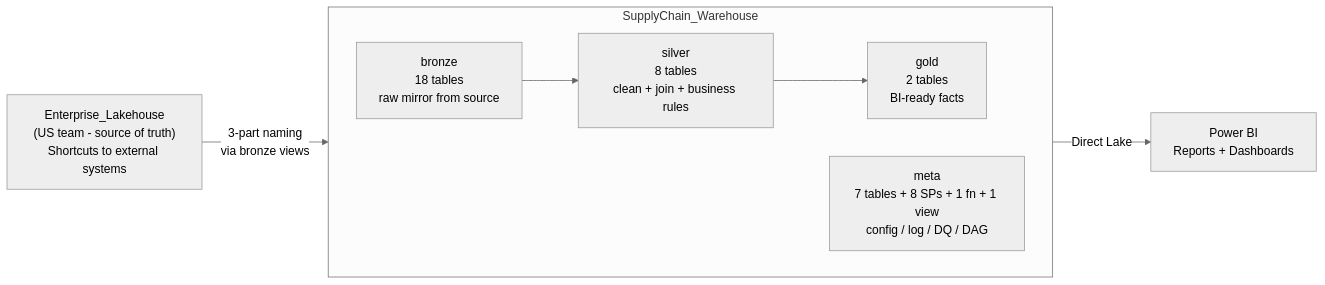
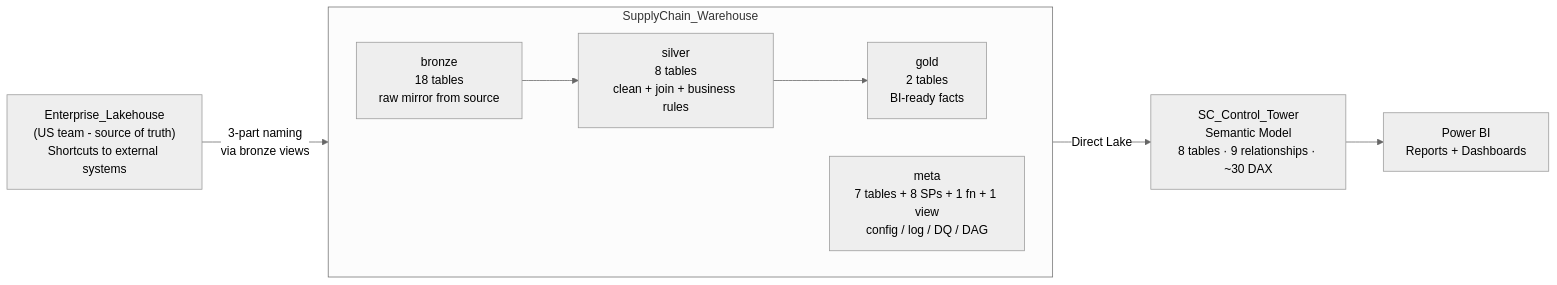
The first of 11 diagrams in v9_architecture_supplychain.md (ankinguyen-engineer-2002/Fabric-v9-Warehouse-Medallion), drawn with Mermaid (neutral theme) before and after one commit. The commit also changed other lines of this file and 6 other files, not shown here.

First line of the commit message:
Add Semantic Model to architecture + update all 7 docs

````diff
--- a/v9_architecture_supplychain.md
+++ b/v9_architecture_supplychain.md
@@ -12,16 +12,17 @@
 ```mermaid
 flowchart LR
     EL["Enterprise_Lakehouse\n(US team - source of truth)\nShortcuts to external systems"]
 
     subgraph WH["SupplyChain_Warehouse"]
         direction LR
         B["bronze\n18 tables\nraw mirror from source"]
         S["silver\n8 tables\nclean + join + business rules"]
         G["gold\n2 tables\nBI-ready facts"]
         M["meta\n7 tables + 8 SPs + 1 fn + 1 view\nconfig / log / DQ / DAG"]
         B --> S --> G
     end
 
     EL -->|"3-part naming\nvia bronze views"| B
-    G -->|"Direct Lake"| PBI["Power BI\nReports + Dashboards"]
+    G -->|"Direct Lake"| SM["SC_Control_Tower\nSemantic Model\n8 tables · 9 relationships · ~30 DAX"]
+    SM --> PBI["Power BI\nReports + Dashboards"]
 ```
````
